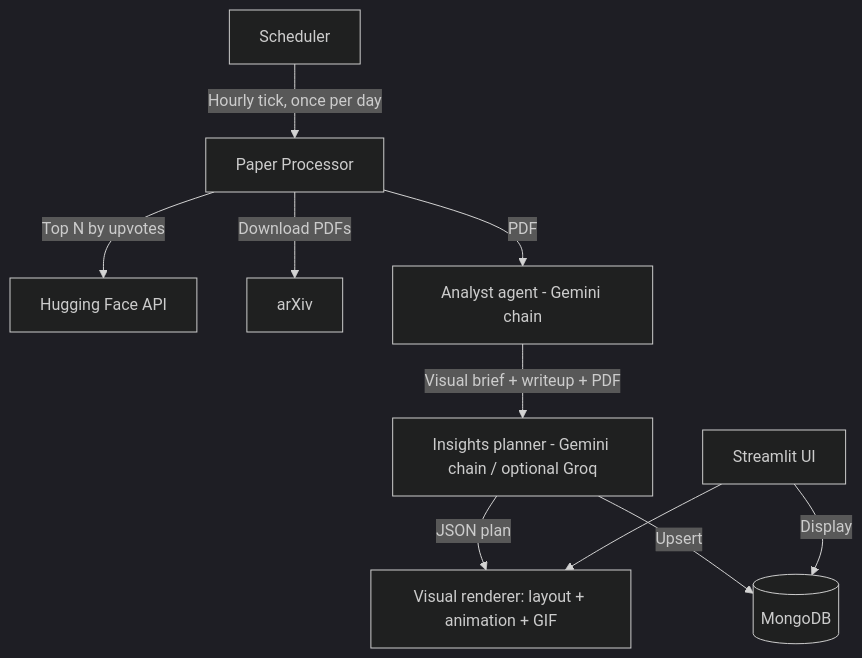
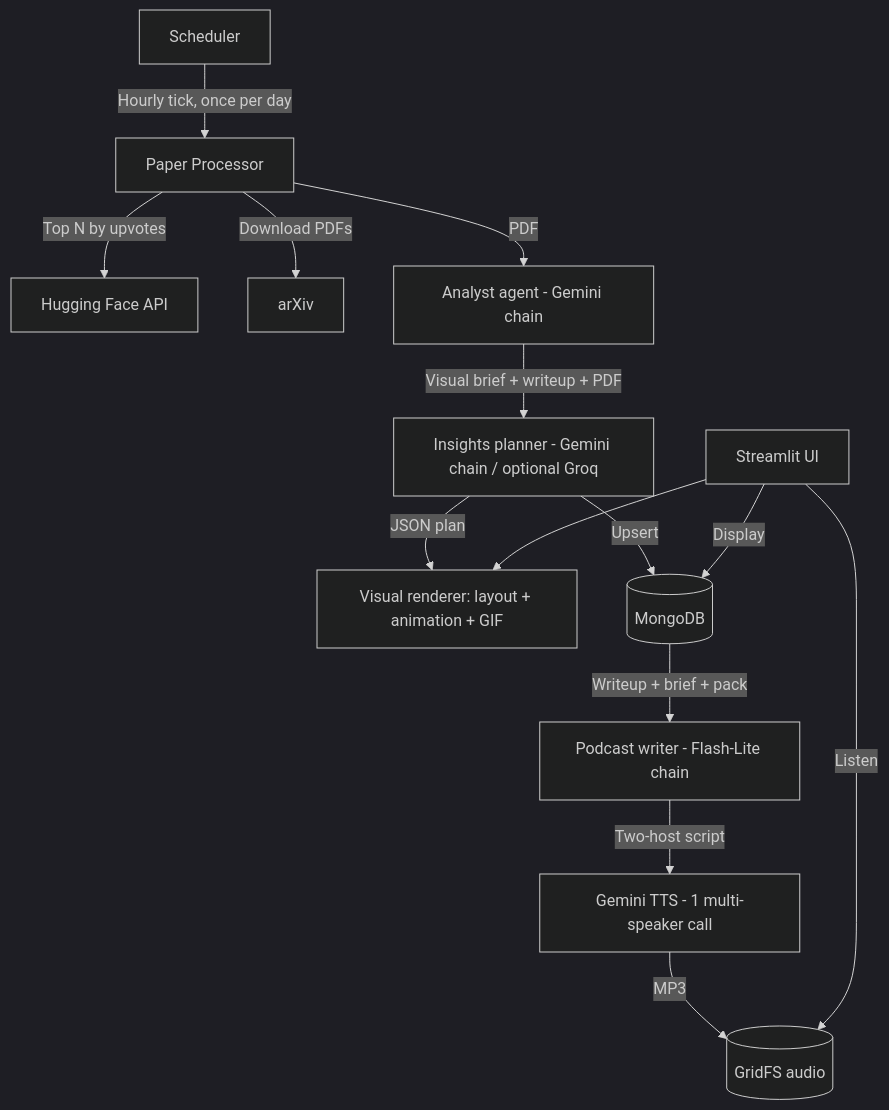
The diagram in README.md (smokeyScraper/PaperFlux), drawn with Mermaid (dark theme) before and after one commit. The commit also changed other lines of this file and 28 other files, not shown here.

````diff
--- a/README.md
+++ b/README.md
@@ -39,12 +39,16 @@
 ```mermaid
    flowchart TD
       A[Scheduler] -->|Hourly tick, once per day| B[Paper Processor]
       B -->|Top N by upvotes| C[Hugging Face API]
       B -->|Download PDFs| D[arXiv]
       B -->|PDF| E[Analyst agent - Gemini chain]
       E -->|Visual brief + writeup + PDF| I[Insights planner - Gemini chain / optional Groq]
       I -->|JSON plan| R[Visual renderer: layout + animation + GIF]
       I -->|Upsert| F[(MongoDB)]
+      F -->|Writeup + brief + pack| W[Podcast writer - Flash-Lite chain]
+      W -->|Two-host script| T[Gemini TTS - 1 multi-speaker call]
+      T -->|MP3| A2[(GridFS audio)]
       G[Streamlit UI] -->|Display| F
+      G -->|Listen| A2
       G --> R
 ```
````
